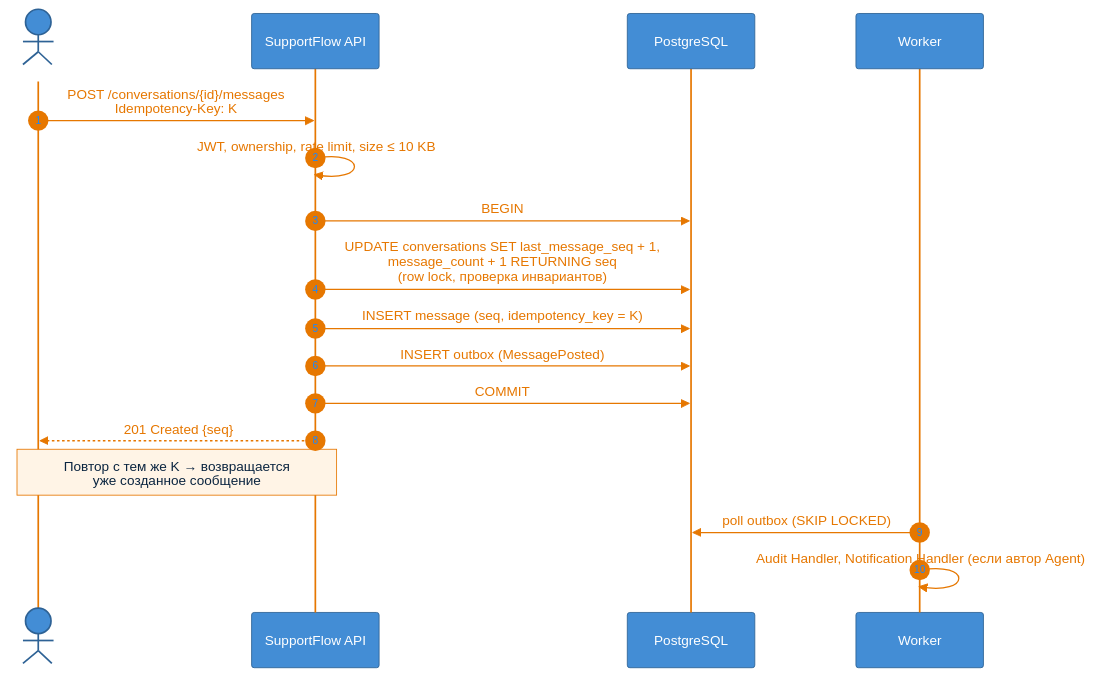
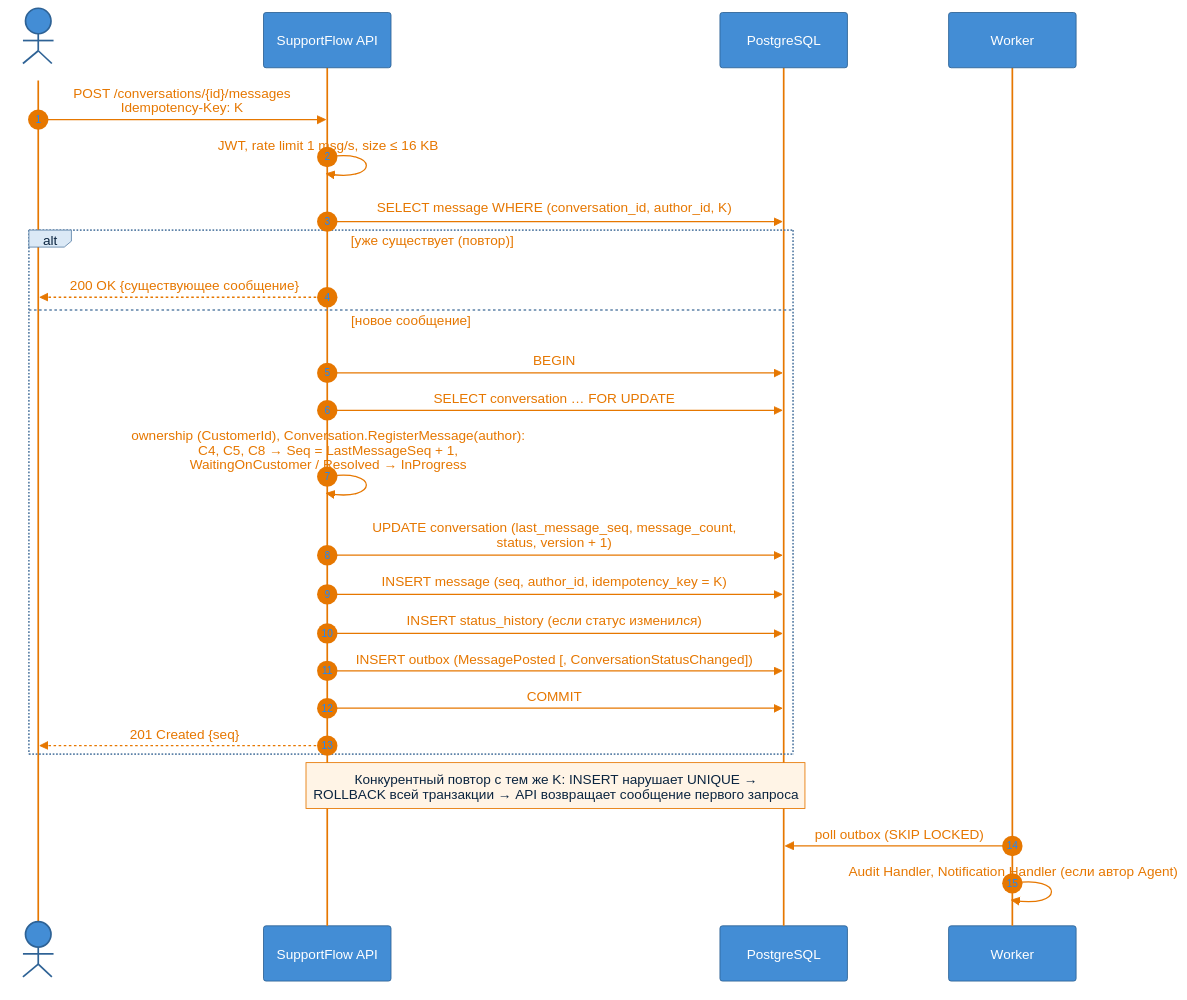
One commit to iarel/SupportFlow changed the fourth of 6 diagrams in docs/architecture/components.md. Above: the diagram before and after it, drawn with Mermaid. The commit also changed other lines of this file and 15 other files, not shown here.

````diff
--- a/docs/architecture/components.md
+++ b/docs/architecture/components.md
@@ -189,21 +244,29 @@
 ```mermaid
 %%{init: {"theme":"base","themeVariables":{"primaryColor":"#dbe9f6","primaryTextColor":"#0b2540","primaryBorderColor":"#5d82a8","lineColor":"#e67700","secondaryColor":"#dbe9f6","tertiaryColor":"#f1f5fa","clusterBkg":"#f1f5fa","clusterBorder":"#5d82a8","titleColor":"#0b4884","edgeLabelBackground":"#fff4e6","textColor":"#e67700","actorBkg":"#438dd5","actorTextColor":"#ffffff","actorBorder":"#2e6295","actorLineColor":"#e67700","signalColor":"#e67700","signalTextColor":"#e67700","labelBoxBkgColor":"#dbe9f6","labelBoxBorderColor":"#5d82a8","labelTextColor":"#0b2540","loopTextColor":"#e67700","noteBkgColor":"#fff4e6","noteTextColor":"#0b2540","noteBorderColor":"#e67700","activationBkgColor":"#dbe9f6","attributeBackgroundColorOdd":"#ffffff","attributeBackgroundColorEven":"#f1f5fa"}}}%%
 sequenceDiagram
     autonumber
     actor C as Customer
     participant API as SupportFlow API
     participant DB as PostgreSQL
     participant W as Worker
 
     C->>API: POST /conversations/{id}/messages<br/>Idempotency-Key: K
-    API->>API: JWT, ownership, rate limit, size ≤ 10 KB
-    API->>DB: BEGIN
-    API->>DB: UPDATE conversations SET last_message_seq + 1,<br/>message_count + 1 RETURNING seq<br/>(row lock, проверка инвариантов)
-    API->>DB: INSERT message (seq, idempotency_key = K)
-    API->>DB: INSERT outbox (MessagePosted)
-    API->>DB: COMMIT
-    API-->>C: 201 Created {seq}
-    Note over C,API: Повтор с тем же K → возвращается<br/>уже созданное сообщение
+    API->>API: JWT, rate limit 1 msg/s, size ≤ 16 KB
+    API->>DB: SELECT message WHERE (conversation_id, author_id, K)
+    alt уже существует (повтор)
+        API-->>C: 200 OK {существующее сообщение}
+    else новое сообщение
+        API->>DB: BEGIN
+        API->>DB: SELECT conversation … FOR UPDATE
+        API->>API: ownership (CustomerId), Conversation.RegisterMessage(author):<br/>C4, C5, C8 → Seq = LastMessageSeq + 1,<br/>WaitingOnCustomer / Resolved → InProgress
+        API->>DB: UPDATE conversation (last_message_seq, message_count,<br/>status, version + 1)
+        API->>DB: INSERT message (seq, author_id, idempotency_key = K)
+        API->>DB: INSERT status_history (если статус изменился)
+        API->>DB: INSERT outbox (MessagePosted [, ConversationStatusChanged])
+        API->>DB: COMMIT
+        API-->>C: 201 Created {seq}
+    end
+    Note over API,DB: Конкурентный повтор с тем же K: INSERT нарушает UNIQUE →<br/>ROLLBACK всей транзакции → API возвращает сообщение первого запроса
     W->>DB: poll outbox (SKIP LOCKED)
     W->>W: Audit Handler, Notification Handler (если автор Agent)
 ```
````
